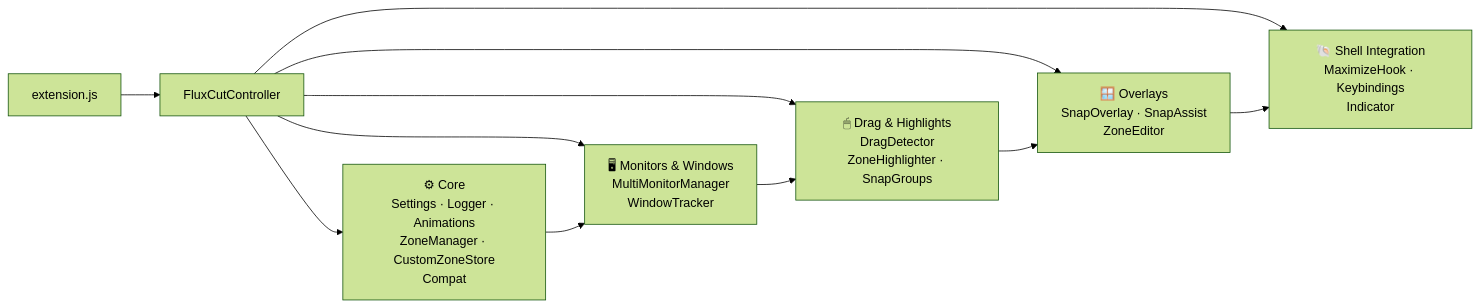
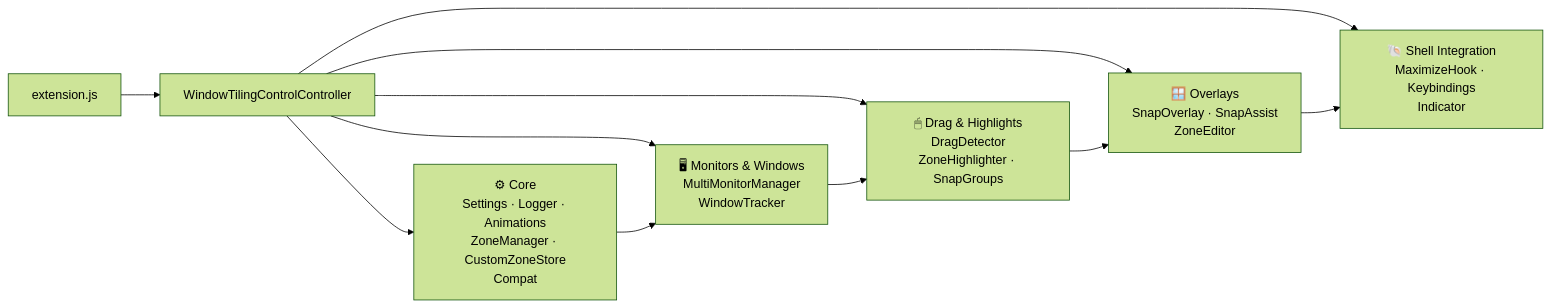
One commit to IvoBrandao/fluxcut changed the first of 15 diagrams in docs/docs.md. Above: the diagram before and after it, drawn with Mermaid (forest theme). The commit also changed other lines of this file and 47 other files, not shown here.

````diff
--- a/docs/docs.md
+++ b/docs/docs.md
@@ -35,15 +35,15 @@
 ```mermaid
 graph LR
-    EXT[extension.js] --> CTL[FluxCutController]
+    EXT[extension.js] --> CTL[WindowTilingControlController]
 
     CTL --> CORE["⚙ Core\nSettings · Logger · Animations\nZoneManager · CustomZoneStore\nCompat"]
     CTL --> MON["🖥 Monitors & Windows\nMultiMonitorManager\nWindowTracker"]
     CTL --> DRAG["🖱 Drag & Highlights\nDragDetector\nZoneHighlighter · SnapGroups"]
     CTL --> OVL["🪟 Overlays\nSnapOverlay · SnapAssist\nZoneEditor"]
     CTL --> SHELL["🐚 Shell Integration\nMaximizeHook · Keybindings\nIndicator"]
 
     CORE --> MON
     MON --> DRAG
     DRAG --> OVL
     OVL --> SHELL
 ```
````
